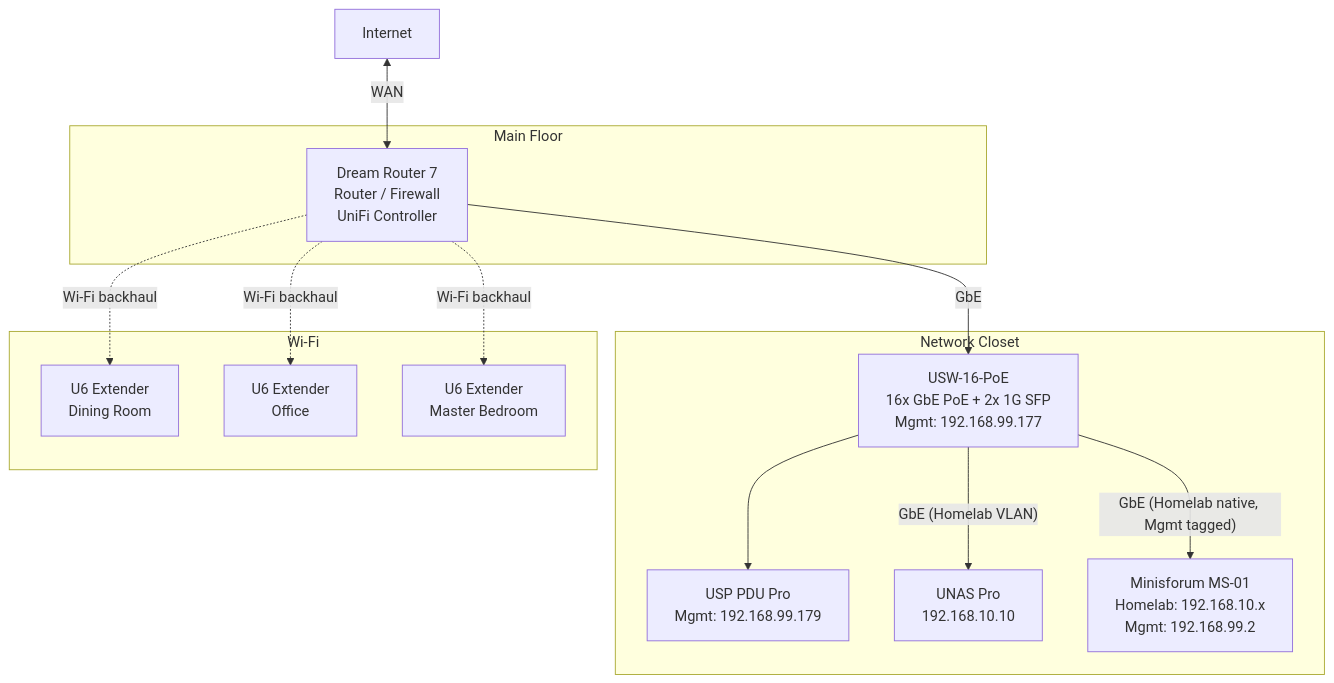
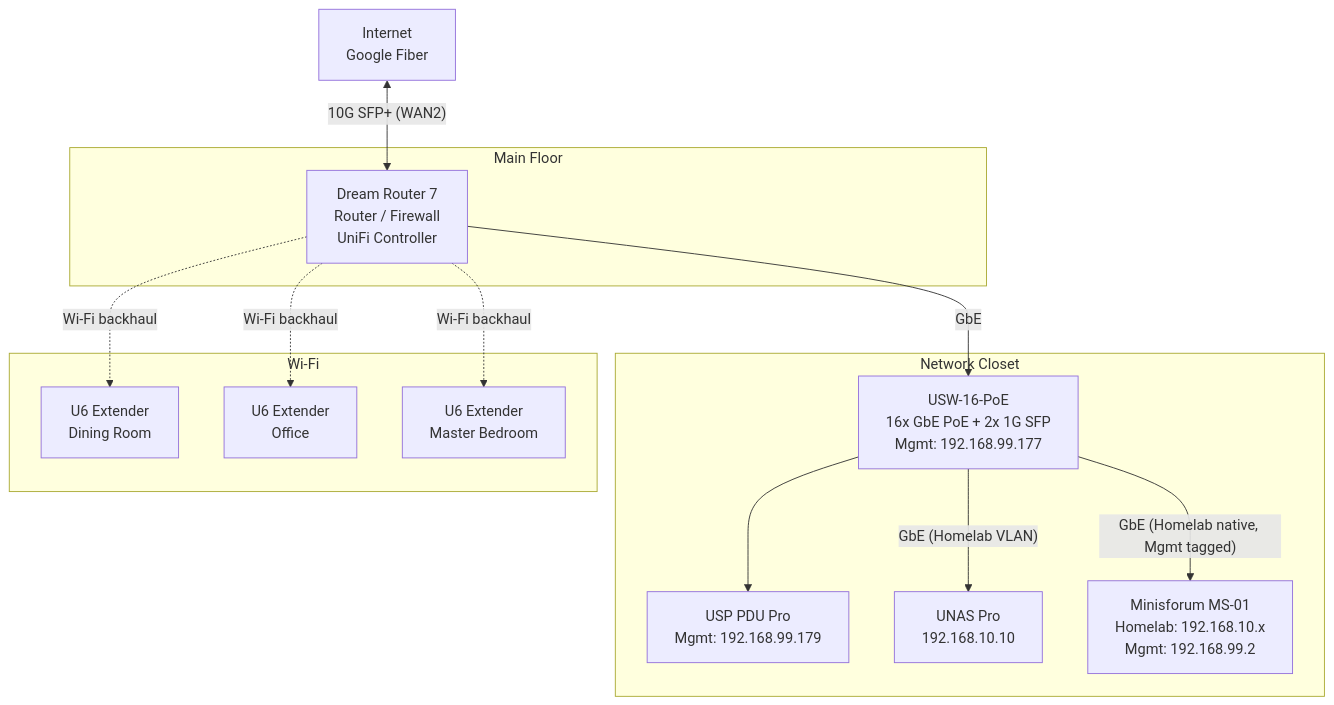
One commit to kyleseneker/homelab changed the first of 2 diagrams in docs/architecture/network-infrastructure.md. Above: the diagram before and after it, drawn with Mermaid. The commit also changed other lines of this file, not shown here.

Commit message:
docs(network): record the google fiber wan layout

````diff
--- a/docs/architecture/network-infrastructure.md
+++ b/docs/architecture/network-infrastructure.md
@@ -7,29 +7,29 @@
 ```mermaid
 flowchart TD
-    internet["Internet"] <-->|"WAN"| DR7
+    internet["Internet<br/>Google Fiber"] <-->|"10G SFP+ (WAN2)"| DR7
 
     subgraph main_floor ["Main Floor"]
         DR7["Dream Router 7<br/>Router / Firewall<br/>UniFi Controller"]
     end
 
     subgraph closet ["Network Closet"]
         SW["USW-16-PoE<br/>16x GbE PoE + 2x 1G SFP<br/>Mgmt: 192.168.99.177"]
         PDU["USP PDU Pro<br/>Mgmt: 192.168.99.179"]
         NAS["UNAS Pro<br/>192.168.10.10"]
         MS01["Minisforum MS-01<br/>Homelab: 192.168.10.x<br/>Mgmt: 192.168.99.2"]
     end
 
     subgraph wifi ["Wi-Fi"]
         U6a["U6 Extender<br/>Dining Room"]
         U6b["U6 Extender<br/>Office"]
         U6c["U6 Extender<br/>Master Bedroom"]
     end
 
     DR7 -->|"GbE"| SW
     SW -->|"GbE (Homelab VLAN)"| NAS
     SW -->|"GbE (Homelab native, Mgmt tagged)"| MS01
     SW --> PDU
     DR7 -.->|"Wi-Fi backhaul"| U6a
     DR7 -.->|"Wi-Fi backhaul"| U6b
     DR7 -.->|"Wi-Fi backhaul"| U6c
 ```
````
